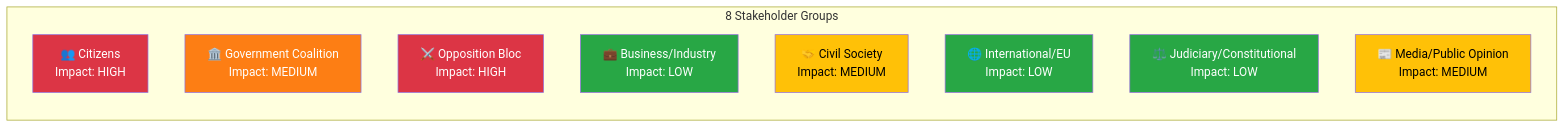
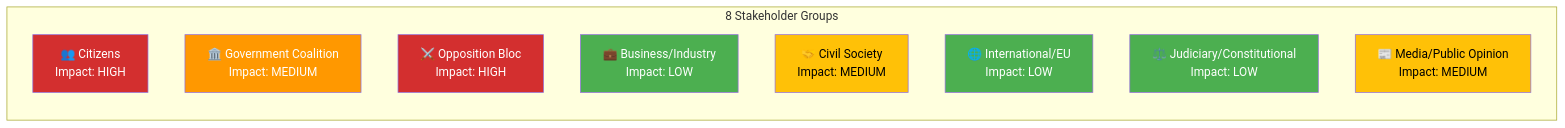
Before and after one commit to Hack23/riksdagsmonitor: the diagram in analysis/daily/2026-04-03/motions/stakeholder-perspectives.md, drawn with Mermaid. The commit also changed 785 other files, not shown here.

First line of the commit message:
Normalize mermaid colors across 786 analysis artifacts to ISMS Style Guide palette

````diff
--- a/analysis/daily/2026-04-03/motions/stakeholder-perspectives.md
+++ b/analysis/daily/2026-04-03/motions/stakeholder-perspectives.md
@@ -11,21 +11,21 @@
 ```mermaid
 flowchart LR
     subgraph Stakeholders["8 Stakeholder Groups"]
         CIT["👥 Citizens<br/>Impact: HIGH"]
         GOV["🏛️ Government Coalition<br/>Impact: MEDIUM"]
         OPP["⚔️ Opposition Bloc<br/>Impact: HIGH"]
         BIZ["💼 Business/Industry<br/>Impact: LOW"]
         CIV["🤝 Civil Society<br/>Impact: MEDIUM"]
         INT["🌐 International/EU<br/>Impact: LOW"]
         JUD["⚖️ Judiciary/Constitutional<br/>Impact: LOW"]
         MED["📰 Media/Public Opinion<br/>Impact: MEDIUM"]
     end
-    style CIT fill:#dc3545,color:#fff
-    style GOV fill:#fd7e14,color:#fff
-    style OPP fill:#dc3545,color:#fff
-    style BIZ fill:#28a745,color:#fff
-    style CIV fill:#ffc107,color:#000
-    style INT fill:#28a745,color:#fff
-    style JUD fill:#28a745,color:#fff
-    style MED fill:#ffc107,color:#000
+    style CIT fill:#D32F2F,color:#FFFFFF
+    style GOV fill:#FF9800,color:#FFFFFF
+    style OPP fill:#D32F2F,color:#FFFFFF
+    style BIZ fill:#4CAF50,color:#FFFFFF
+    style CIV fill:#FFC107,color:#000000
+    style INT fill:#4CAF50,color:#FFFFFF
+    style JUD fill:#4CAF50,color:#FFFFFF
+    style MED fill:#FFC107,color:#000000
 ```
````
